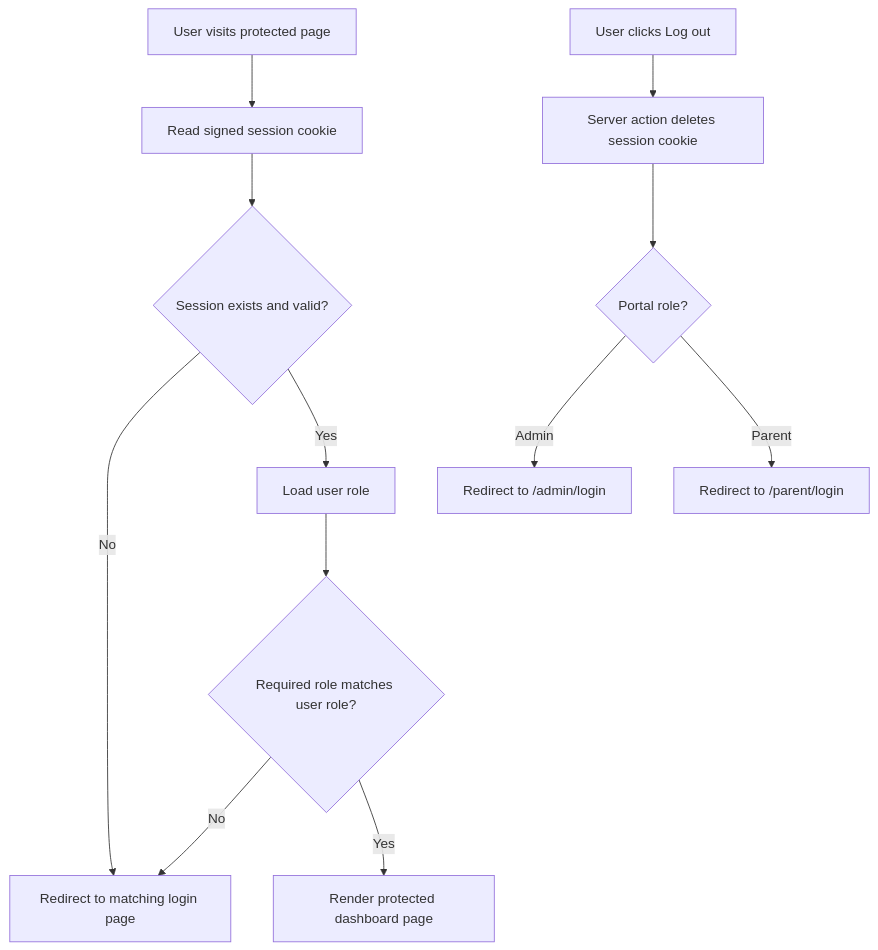
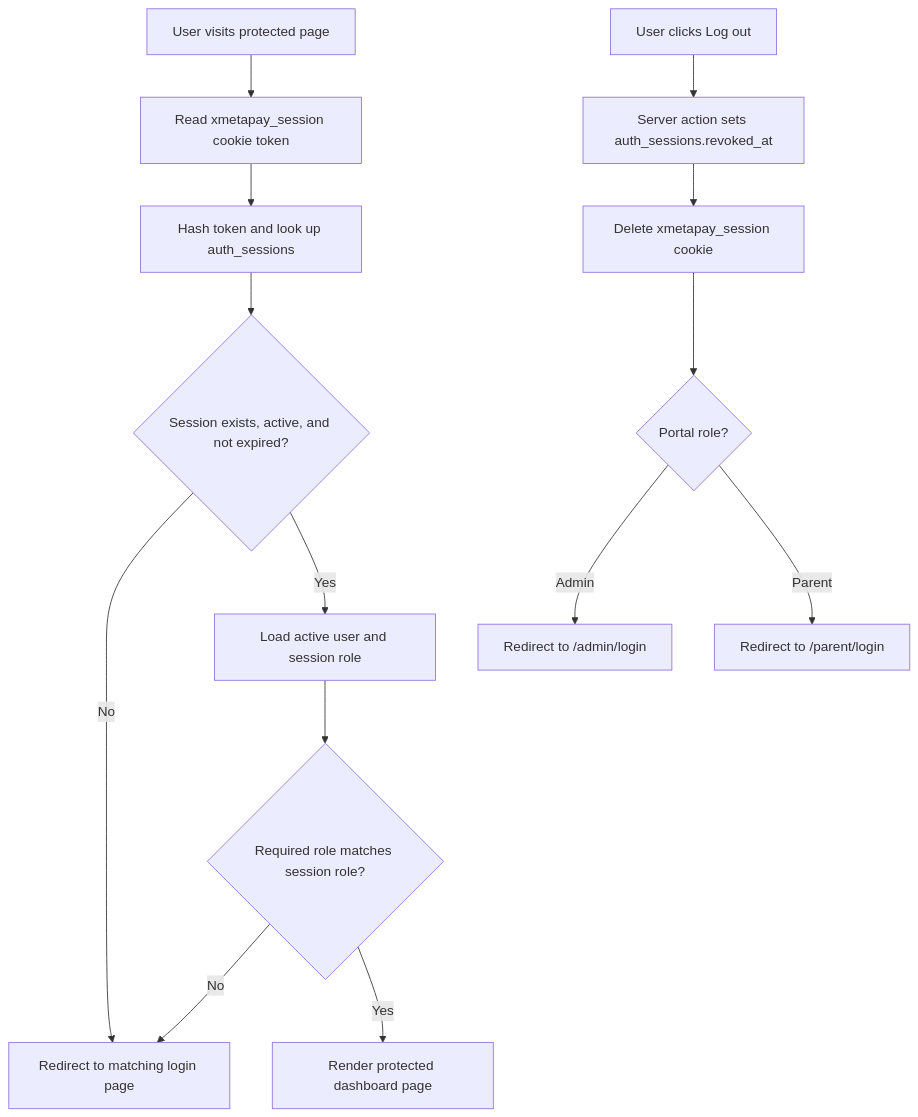
Diagram 11 of 14 in docs/PROJECT_FLOWCHARTS.md (Xeyn19/xmetapay), drawn with Mermaid before and after one commit. The commit also changed other lines of this file and 5 other files, not shown here.

````diff
--- a/docs/PROJECT_FLOWCHARTS.md
+++ b/docs/PROJECT_FLOWCHARTS.md
@@ -343,15 +345,17 @@
 ```mermaid
 flowchart TD
-  A["User visits protected page"] --> B["Read signed session cookie"]
-  B --> C{"Session exists and valid?"}
-  C -->|No| D["Redirect to matching login page"]
-  C -->|Yes| E["Load user role"]
-  E --> F{"Required role matches user role?"}
-  F -->|No| D
-  F -->|Yes| G["Render protected dashboard page"]
+  A["User visits protected page"] --> B["Read xmetapay_session cookie token"]
+  B --> C["Hash token and look up auth_sessions"]
+  C --> D{"Session exists, active, and not expired?"}
+  D -->|No| E["Redirect to matching login page"]
+  D -->|Yes| F["Load active user and session role"]
+  F --> G{"Required role matches session role?"}
+  G -->|No| E
+  G -->|Yes| H["Render protected dashboard page"]
 
-  H["User clicks Log out"] --> I["Server action deletes session cookie"]
-  I --> J{"Portal role?"}
-  J -->|Admin| K["Redirect to /admin/login"]
-  J -->|Parent| L["Redirect to /parent/login"]
+  I["User clicks Log out"] --> J["Server action sets auth_sessions.revoked_at"]
+  J --> K["Delete xmetapay_session cookie"]
+  K --> L{"Portal role?"}
+  L -->|Admin| M["Redirect to /admin/login"]
+  L -->|Parent| N["Redirect to /parent/login"]
 ```
````
